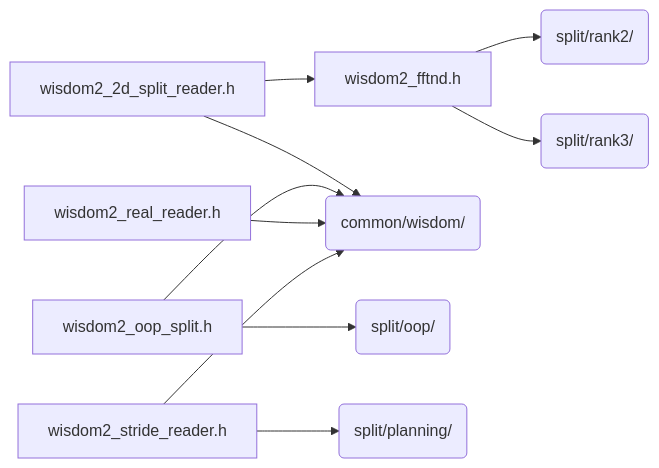
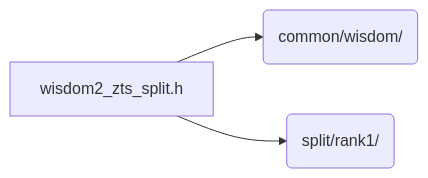
Before and after one commit to Tugbars/VectorFFT: the diagram in docs/architecture/generated/folders/split__wisdom.md, drawn with Mermaid. The commit also changed other lines of this file and 98 other files, not shown here.

Commit message:
regenerated architecture drawings

````diff
--- a/docs/architecture/generated/folders/split__wisdom.md
+++ b/docs/architecture/generated/folders/split__wisdom.md
@@ -14,22 +10,8 @@
 ```mermaid
 flowchart LR
-    n_split_wisdom_wisdom2_2d_split_reader_h["wisdom2_2d_split_reader.h"]
-    n_split_wisdom_wisdom2_fftnd_h["wisdom2_fftnd.h"]
-    n_split_wisdom_wisdom2_oop_split_h["wisdom2_oop_split.h"]
-    n_split_wisdom_wisdom2_real_reader_h["wisdom2_real_reader.h"]
-    n_split_wisdom_wisdom2_stride_reader_h["wisdom2_stride_reader.h"]
+    n_split_wisdom_wisdom2_zts_split_h["wisdom2_zts_split.h"]
     n_dir_common_wisdom("common/wisdom/")
-    n_dir_split_oop("split/oop/")
-    n_dir_split_planning("split/planning/")
-    n_dir_split_rank2("split/rank2/")
-    n_dir_split_rank3("split/rank3/")
-    n_split_wisdom_wisdom2_2d_split_reader_h --> n_dir_common_wisdom
-    n_split_wisdom_wisdom2_2d_split_reader_h --> n_split_wisdom_wisdom2_fftnd_h
-    n_split_wisdom_wisdom2_fftnd_h --> n_dir_split_rank2
-    n_split_wisdom_wisdom2_fftnd_h --> n_dir_split_rank3
-    n_split_wisdom_wisdom2_oop_split_h --> n_dir_common_wisdom
-    n_split_wisdom_wisdom2_oop_split_h --> n_dir_split_oop
-    n_split_wisdom_wisdom2_real_reader_h --> n_dir_common_wisdom
-    n_split_wisdom_wisdom2_stride_reader_h --> n_dir_common_wisdom
-    n_split_wisdom_wisdom2_stride_reader_h --> n_dir_split_planning
+    n_dir_split_rank1("split/rank1/")
+    n_split_wisdom_wisdom2_zts_split_h --> n_dir_common_wisdom
+    n_split_wisdom_wisdom2_zts_split_h --> n_dir_split_rank1
 ```
````
